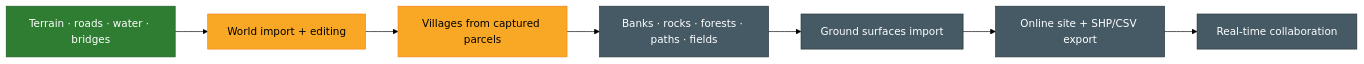
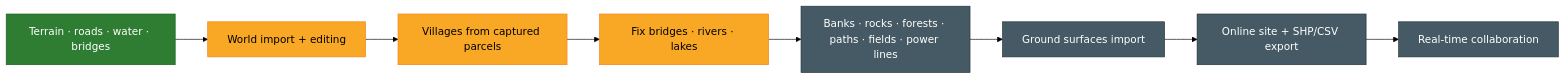
Before and after one commit to benjibossk/mappingenfusiontest: the fourth of 4 diagrams in README.md, drawn with Mermaid (forest theme). The commit also changed other lines of this file, not shown here.

First line of the commit message:
README: known issues and power lines to do

````diff
--- a/README.md
+++ b/README.md
@@ -132,12 +133,13 @@
 ```mermaid
 flowchart LR
     classDef done fill:#2e7d32,color:#fff,stroke:#1b5e20
     classDef wip fill:#f9a825,color:#000,stroke:#f57f17
     classDef todo fill:#455a64,color:#fff,stroke:#263238
     A[Terrain · roads · water · bridges]:::done --> B[World import + editing]:::wip
     B --> C[Villages from captured parcels]:::wip
-    C --> D[Banks · rocks · forests · paths · fields]:::todo
+    C --> X[Fix bridges · rivers · lakes]:::wip
+    X --> D[Banks · rocks · forests · paths · fields · power lines]:::todo
     D --> E[Ground surfaces import]:::todo
     E --> F[Online site + SHP/CSV export]:::todo
     F --> G[Real-time collaboration]:::todo
 ```
````
